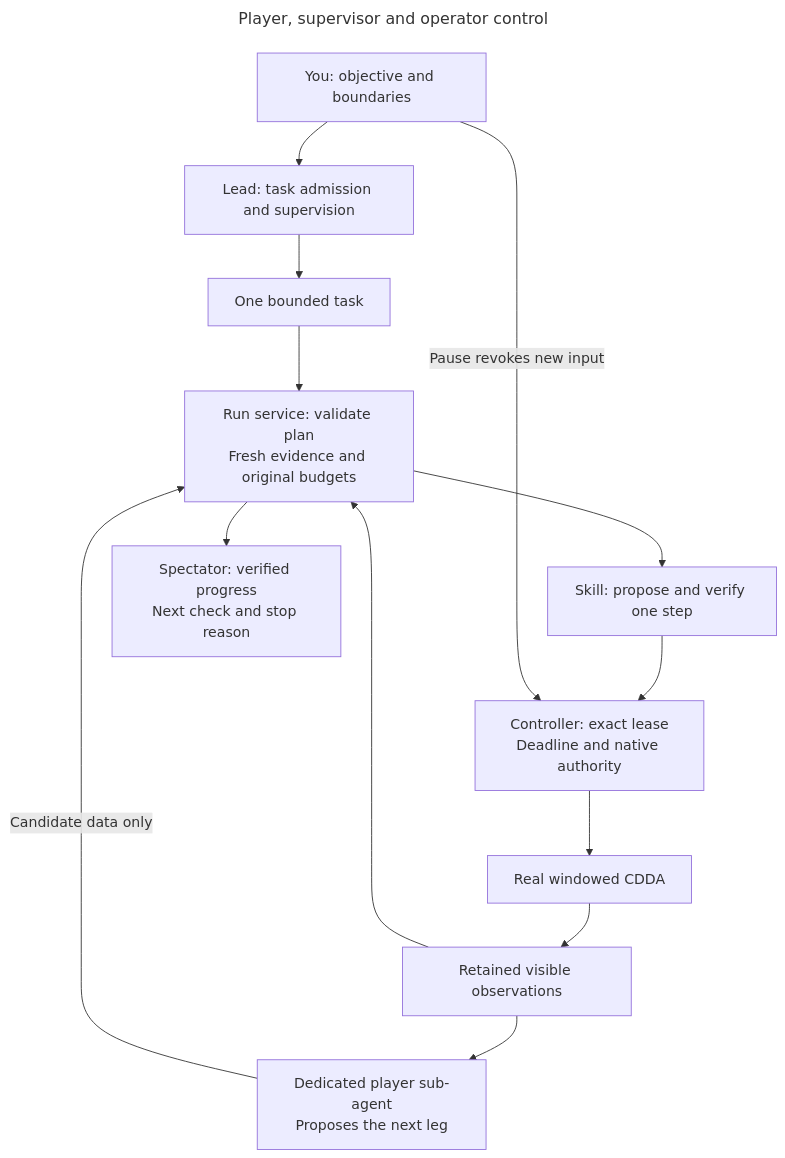
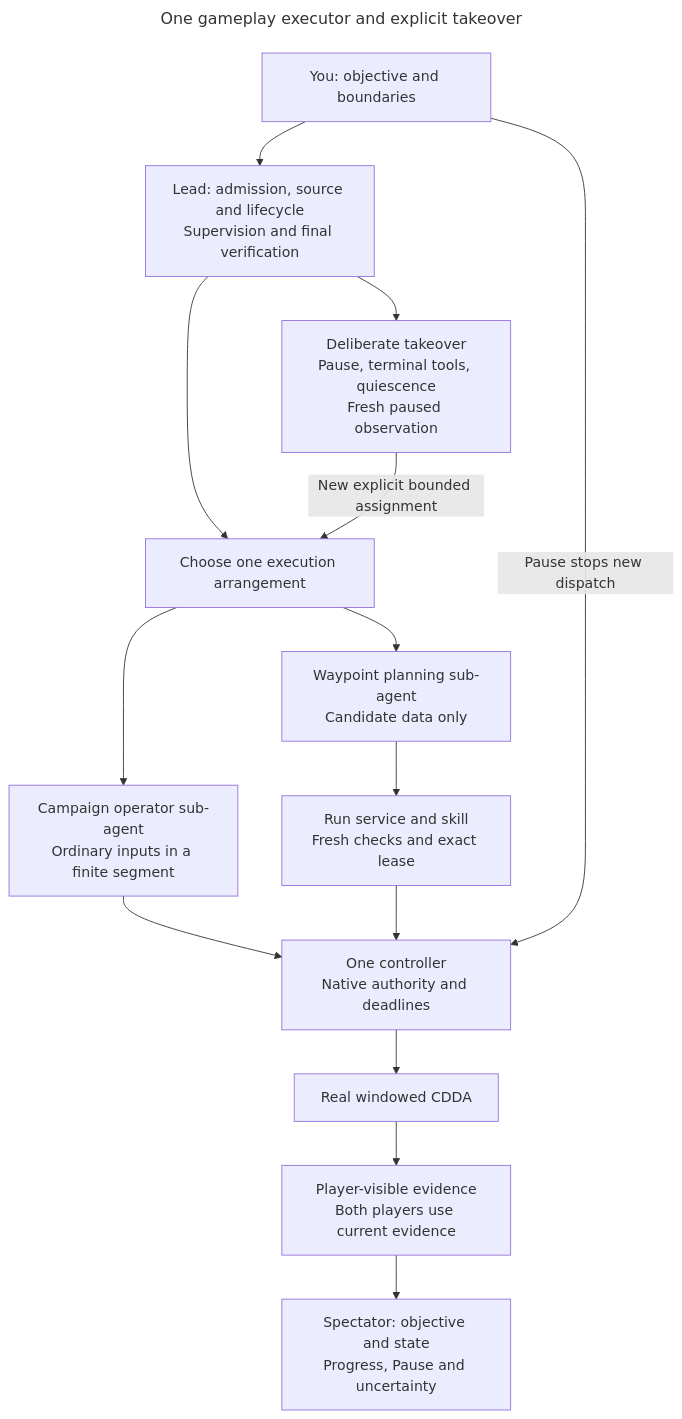
The diagram in docs/diagrams/player.mmd (CVX-Hull/enactive), drawn with Mermaid before and after one commit. The commit also changed 15 other files, not shown here.

```diff
--- a/docs/diagrams/player.mmd
+++ b/docs/diagrams/player.mmd
@@ -1,18 +1,19 @@
 ---
-title: Player, supervisor and operator control
+title: One gameplay executor and explicit takeover
 ---
 flowchart TD
-  accTitle: Player proposes and the service controls execution
-  accDescr: The user directs the lead and can Pause the controller. The lead admits a bounded task. A dedicated player sub-agent reads retained visible evidence and proposes a plan. The service validates that plan against fresh evidence and budgets, then a skill proposes one action and the controller checks its lease. The real game returns evidence and the spectator shows verified progress or uncertainty. The player has no raw-input role; agent instructions do not create an operating-system sandbox.
-  User[You: objective and boundaries] --> Lead[Lead: task admission and supervision]
-  Lead --> Task[One bounded task]
-  Task --> Service[Run service: validate plan<br/>Fresh evidence and original budgets]
-  Evidence[Retained visible observations] --> Player[Dedicated player sub-agent<br/>Proposes the next leg]
-  Player -->|Candidate data only| Service
-  Service --> Skill[Skill: propose and verify one step]
-  Skill --> Controller[Controller: exact lease<br/>Deadline and native authority]
-  Controller --> Game[Real windowed CDDA]
-  Game --> Evidence
-  Evidence --> Service
-  Service --> Viewer[Spectator: verified progress<br/>Next check and stop reason]
-  User -->|Pause revokes new input| Controller
+  accTitle: One campaign operator or one waypoint executor with explicit handoff
+  accDescr: The user directs the lead and retains Pause. The lead admits a finite segment and chooses one execution arrangement. A campaign operator sends ordinary commands under a bounded brief. Alternatively, a waypoint planner proposes candidate data and the leased run service executes it. Both reach the same controller and real windowed game. Visible evidence returns to the player and spectator. Lead inspection requires Pause, terminal player tools, quiescence and fresh observation. Role assignment is procedural, not operating-system isolation.
+  User["You: objective and boundaries"] --> Lead["Lead: admission, source and lifecycle<br/>Supervision and final verification"]
+  Lead --> Choice["Choose one execution arrangement"]
+  Choice --> Operator["Campaign operator sub-agent<br/>Ordinary inputs in a finite segment"]
+  Choice --> Planner["Waypoint planning sub-agent<br/>Candidate data only"]
+  Planner --> Service["Run service and skill<br/>Fresh checks and exact lease"]
+  Operator --> Controller["One controller<br/>Native authority and deadlines"]
+  Service --> Controller
+  Controller --> Game["Real windowed CDDA"]
+  Game --> Evidence["Player-visible evidence<br/>Both players use current evidence"]
+  Evidence --> Viewer["Spectator: objective and state<br/>Progress, Pause and uncertainty"]
+  User -->|"Pause stops new dispatch"| Controller
+  Lead --> Handoff["Deliberate takeover<br/>Pause, terminal tools, quiescence<br/>Fresh paused observation"]
+  Handoff -->|"New explicit bounded assignment"| Choice
```
